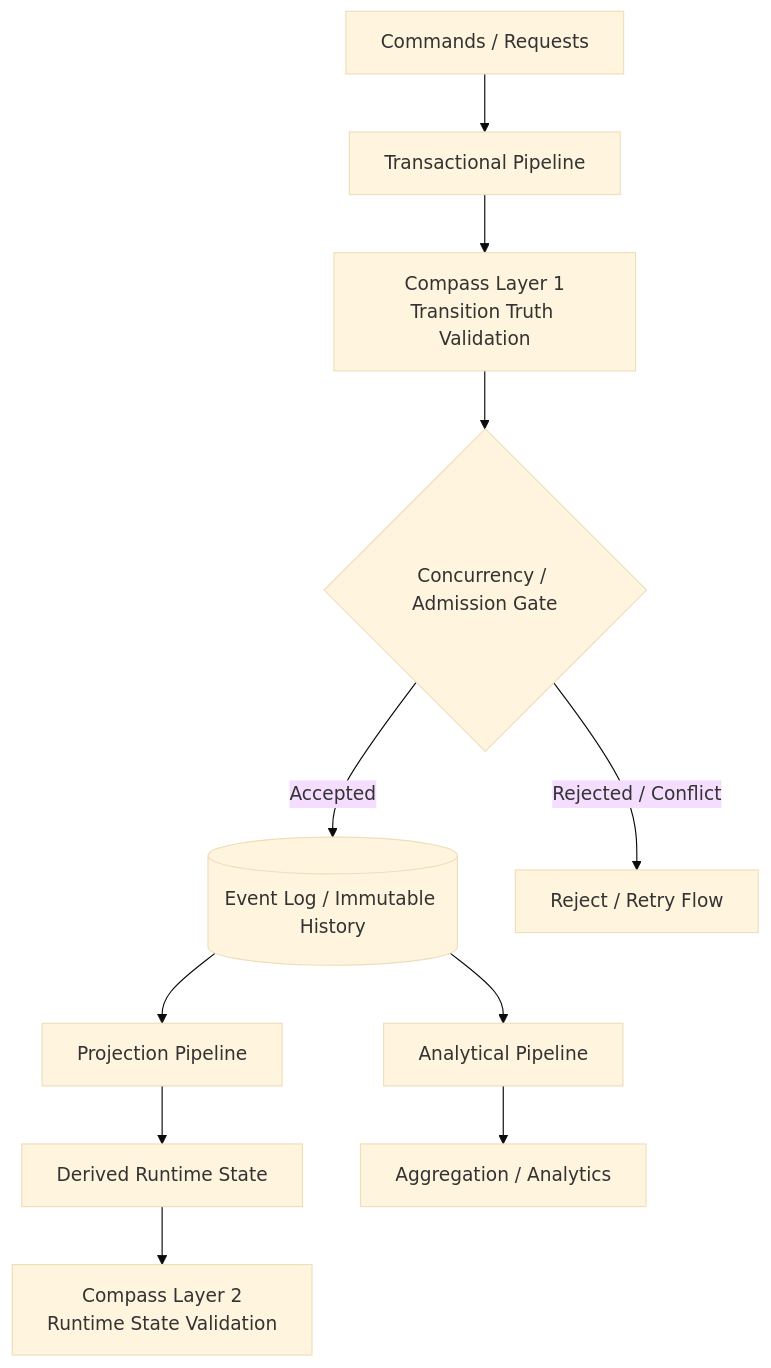
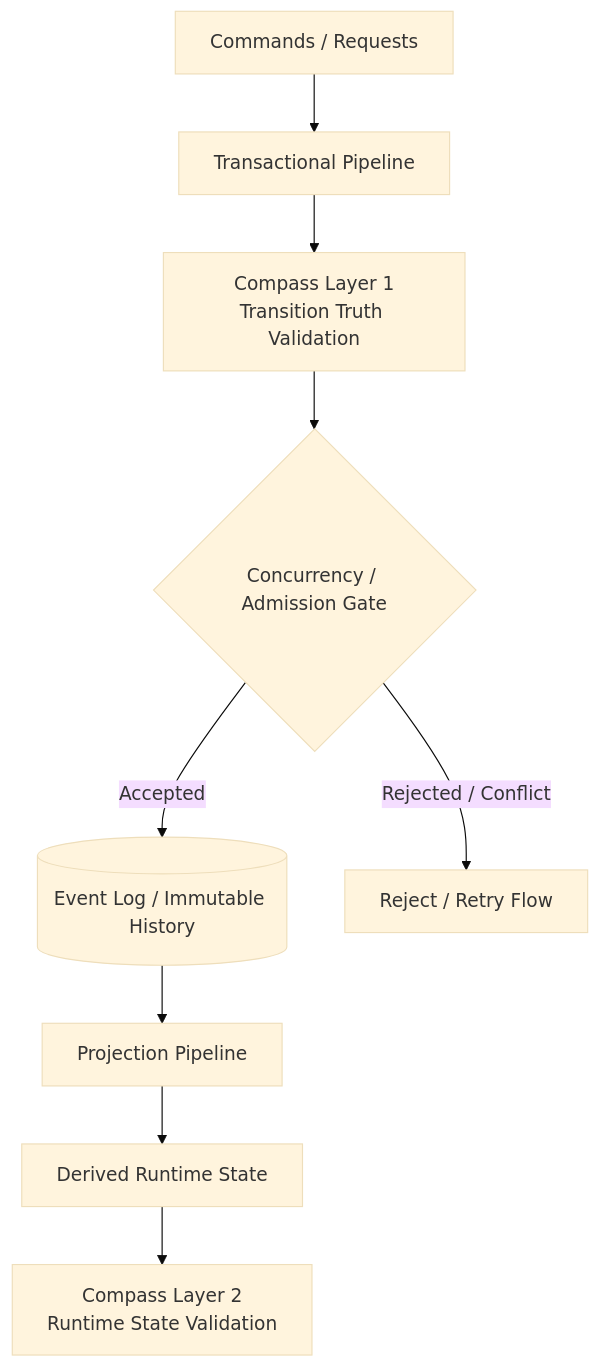
One commit to hikaru-212/streaming-system-compass changed the diagram in README.md. Above: the diagram before and after it, drawn with Mermaid (base theme). The commit also changed other lines of this file and 8 other files, not shown here.

````diff
--- a/README.md
+++ b/README.md
@@ -105,19 +111,13 @@
 ```mermaid
 flowchart TD
-    %% Write-Side / Transactional Path
     A[Commands / Requests] --> B[Transactional Pipeline]
     B --> C[Compass Layer 1<br/>Transition Truth Validation]
     C --> D{Concurrency / Admission Gate}
 
     D -- Accepted --> E[(Event Log / Immutable History)]
     D -- Rejected / Conflict --> R[Reject / Retry Flow]
 
-    %% Read-Side / Projection and Analytics
     E --> F[Projection Pipeline]
-    E --> G[Analytical Pipeline]
-
     F --> H[Derived Runtime State]
     H --> I[Compass Layer 2<br/>Runtime State Validation]
-
-    G --> J[Aggregation / Analytics]
 ```
````
